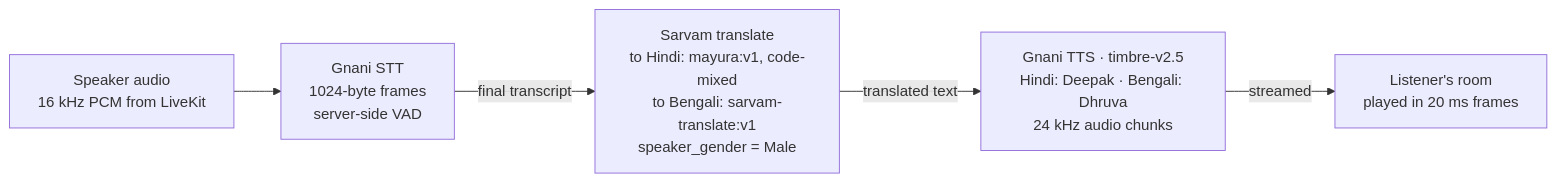
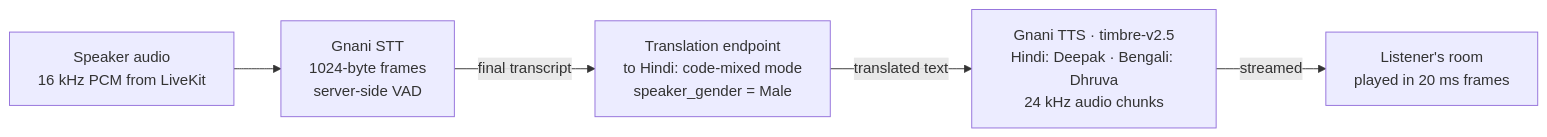
The fourth of 4 diagrams in README.md (Mayank-0518/Polyglot), drawn with Mermaid before and after one commit. The commit also changed other lines of this file, not shown here.

````diff
--- a/README.md
+++ b/README.md
@@ -173,7 +172,7 @@
 ```mermaid
 flowchart LR
     MIC["Speaker audio<br/>16 kHz PCM from LiveKit"] --> STT["Gnani STT<br/>1024-byte frames<br/>server-side VAD"]
-    STT -->|"final transcript"| MT["Sarvam translate<br/>to Hindi: mayura:v1, code-mixed<br/>to Bengali: sarvam-translate:v1<br/>speaker_gender = Male"]
+    STT -->|"final transcript"| MT["Translation endpoint<br/>to Hindi: code-mixed mode<br/>speaker_gender = Male"]
     MT -->|"translated text"| TTS["Gnani TTS · timbre-v2.5<br/>Hindi: Deepak · Bengali: Dhruva<br/>24 kHz audio chunks"]
     TTS -->|"streamed"| OUT["Listener's room<br/>played in 20 ms frames"]
 ```
````
